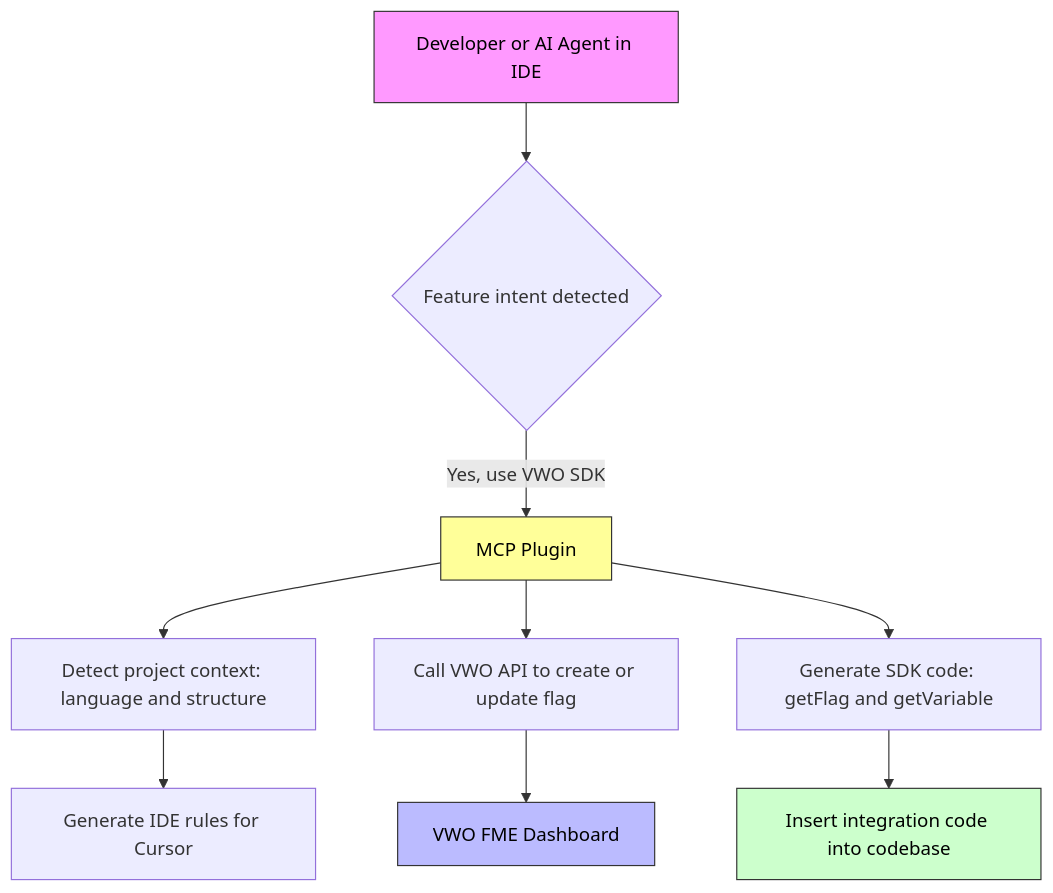
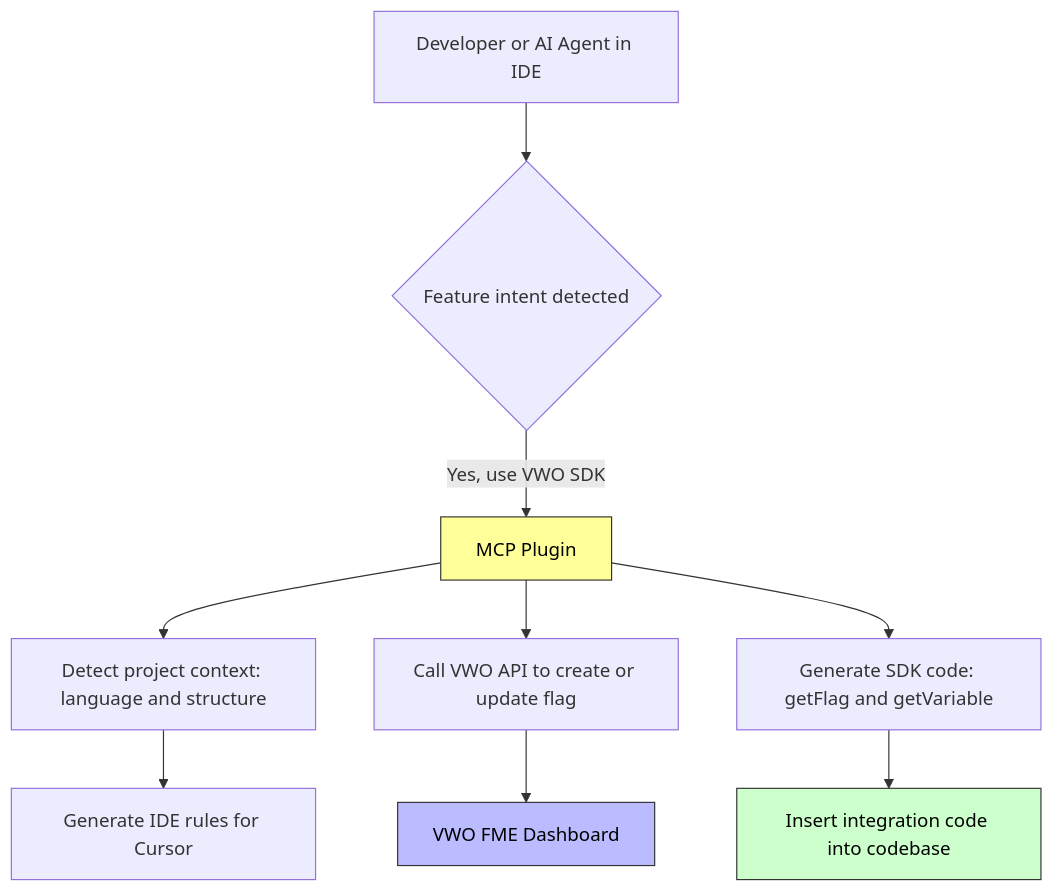
The diagram in docs/Integrations/fme-mcp-server.md (wingify/readme-central), drawn with Mermaid before and after one commit.

Commit message:
Update doc `fme-mcp-server`

````diff
--- a/docs/Integrations/fme-mcp-server.md
+++ b/docs/Integrations/fme-mcp-server.md
@@ -172,27 +172,26 @@
 ```mermaid
 graph TD
     A[Developer or AI Agent in IDE] --> B{Feature intent detected}
     B -->|Yes, use VWO SDK| C[MCP Plugin]
     
     C --> D[Detect project context: language and structure]
     D --> E[Generate IDE rules for Cursor]
 
     C --> F[Call VWO API to create or update flag]
     F --> G[VWO FME Dashboard]
 
     C --> H[Generate SDK code: getFlag and getVariable]
     H --> I[Insert integration code into codebase]
     
     %% Assign classes
-    class A agent
+
     class C project
     class G dashboard
     class I code
 
     %% Define styles
-    classDef agent fill:#f9f,stroke:#333,stroke-width:1px,color:#000
     classDef project fill:#ff9,stroke:#333,stroke-width:1px,color:#000
     classDef dashboard fill:#bbf,stroke:#333,stroke-width:1px,color:#000
     classDef code fill:#cfc,stroke:#333,stroke-width:1px,color:#000
 
 ```
````
